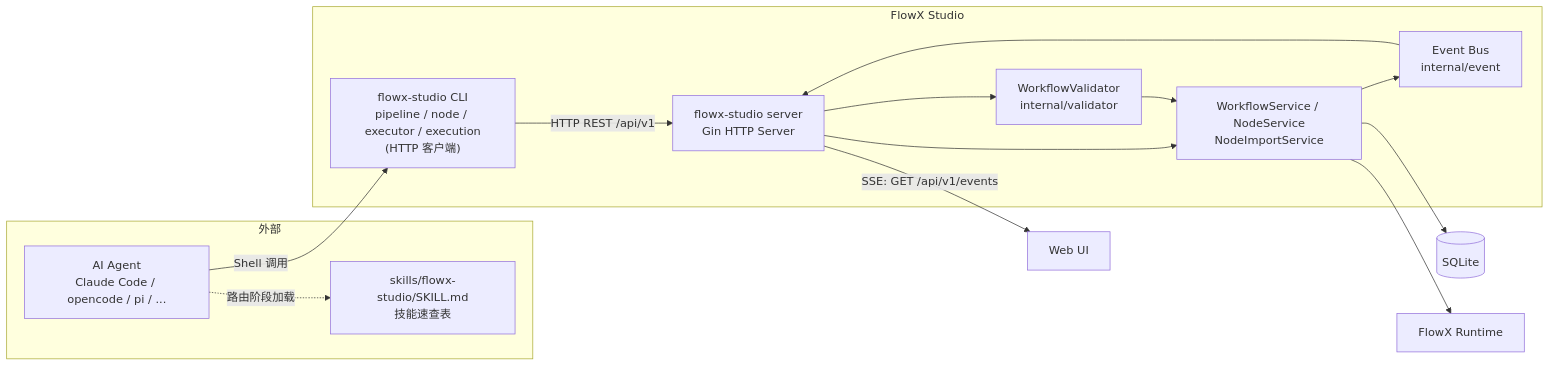
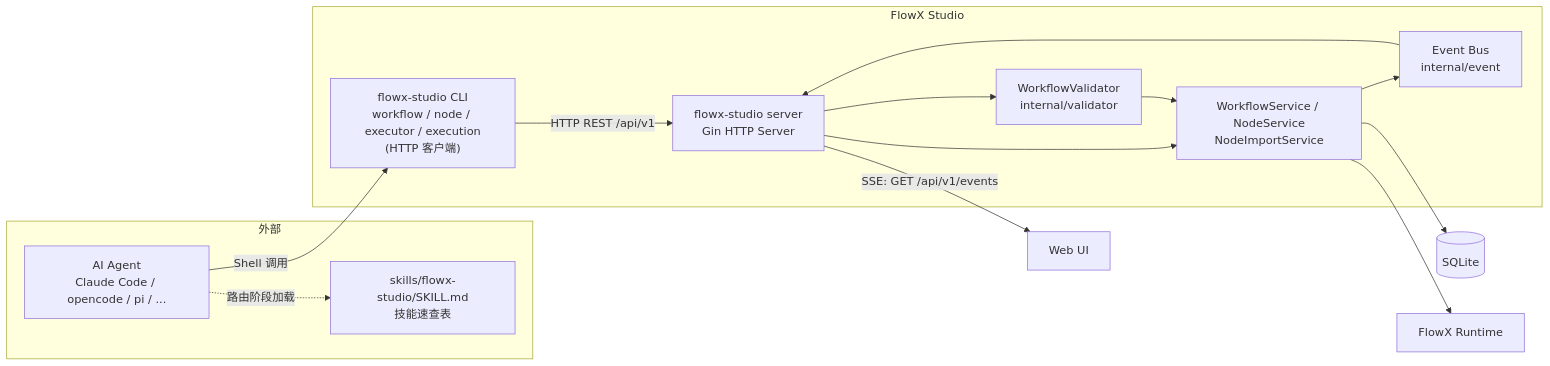
The first of 3 diagrams in docs/06-ai-service.md (LerkoX/flowx-studio), drawn with Mermaid before and after one commit. The commit also changed other lines of this file and 58 other files, not shown here.

First line of the commit message:
refactor: 跟进 flowx Pipeline→Workflow 更名

````diff
--- a/docs/06-ai-service.md
+++ b/docs/06-ai-service.md
@@ -46,31 +46,31 @@
 ```mermaid
 flowchart LR
     subgraph 外部
         AI[AI Agent<br/>Claude Code / opencode / pi / ...]
         SKILL[skills/flowx-studio/SKILL.md<br/>技能速查表]
     end
 
     subgraph FlowX Studio
-        CLI["flowx-studio CLI<br/>pipeline / node / executor / execution<br/>(HTTP 客户端)"]
+        CLI["flowx-studio CLI<br/>workflow / node / executor / execution<br/>(HTTP 客户端)"]
         HTTP["flowx-studio server<br/>Gin HTTP Server"]
         VAL[WorkflowValidator<br/>internal/validator]
         SVC[WorkflowService / NodeService<br/>NodeImportService]
         BUS[Event Bus<br/>internal/event]
     end
 
     DB[(SQLite)]
     RT[FlowX Runtime]
     UI[Web UI]
 
     AI -. "路由阶段加载" .-> SKILL
     AI -- "Shell 调用" --> CLI
     CLI -- "HTTP REST /api/v1" --> HTTP
     HTTP --> VAL
     HTTP --> SVC
     VAL --> SVC
     SVC --> DB
     SVC --> RT
     SVC --> BUS
     BUS --> HTTP
     HTTP -- "SSE: GET /api/v1/events" --> UI
 ```
````
